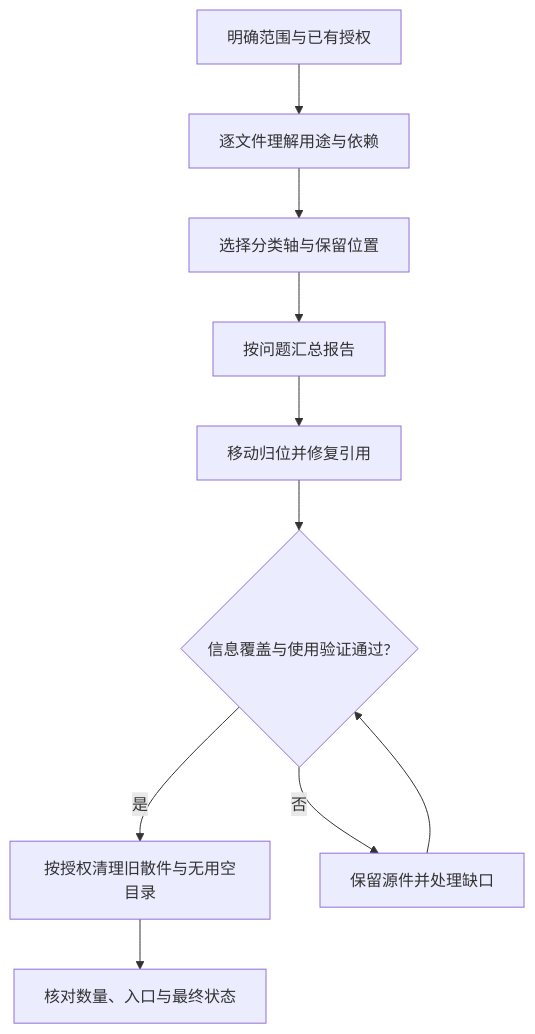
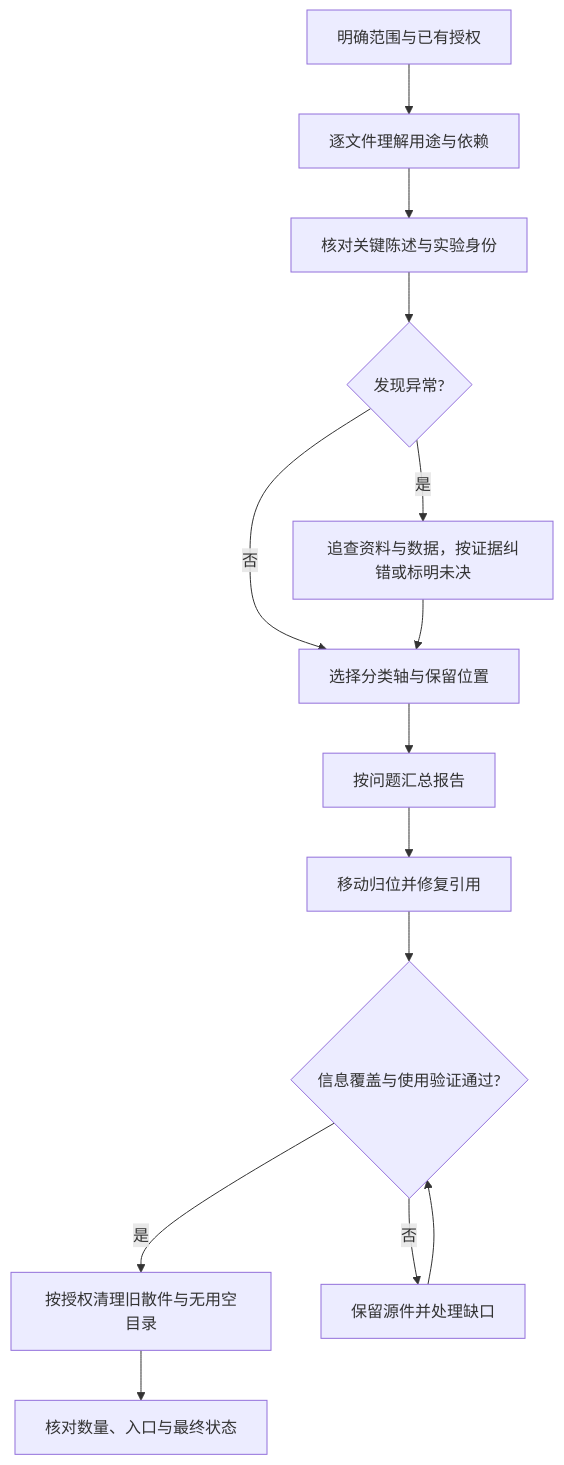
The diagram in README.md (1-Vast/organize-files), drawn with Mermaid before and after one commit. The commit also changed other lines of this file and 5 other files, not shown here.

````diff
--- a/README.md
+++ b/README.md
@@ -26,12 +27,16 @@
 ```mermaid
 flowchart TD
     A[明确范围与已有授权] --> B[逐文件理解用途与依赖]
-    B --> C[选择分类轴与保留位置]
+    B --> J[核对关键陈述与实验身份]
+    J --> K{发现异常?}
+    K -- 是 --> L[追查资料与数据，按证据纠错或标明未决]
+    K -- 否 --> C[选择分类轴与保留位置]
+    L --> C
     C --> D[按问题汇总报告]
     D --> E[移动归位并修复引用]
     E --> F{信息覆盖与使用验证通过?}
     F -- 是 --> G[按授权清理旧散件与无用空目录]
     F -- 否 --> H[保留源件并处理缺口]
     H --> F
     G --> I[核对数量、入口与最终状态]
 ```
````
